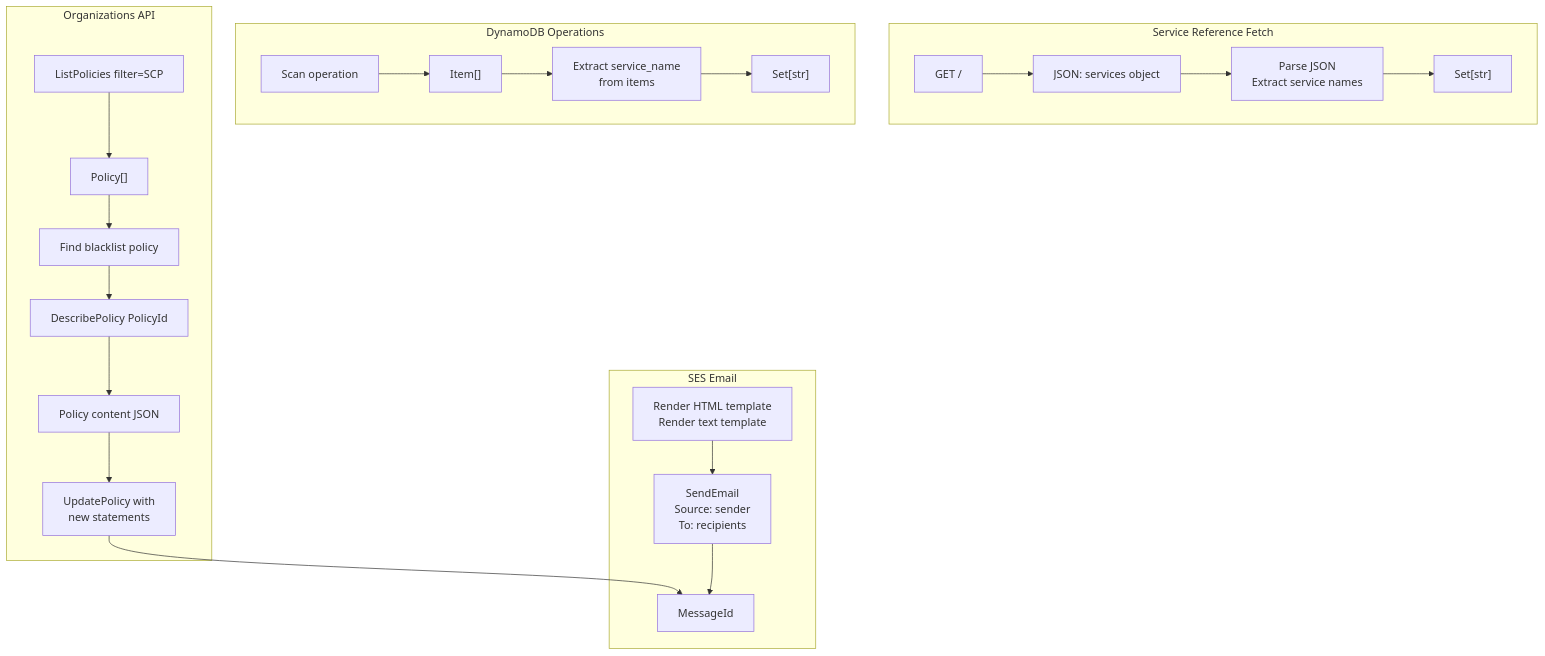
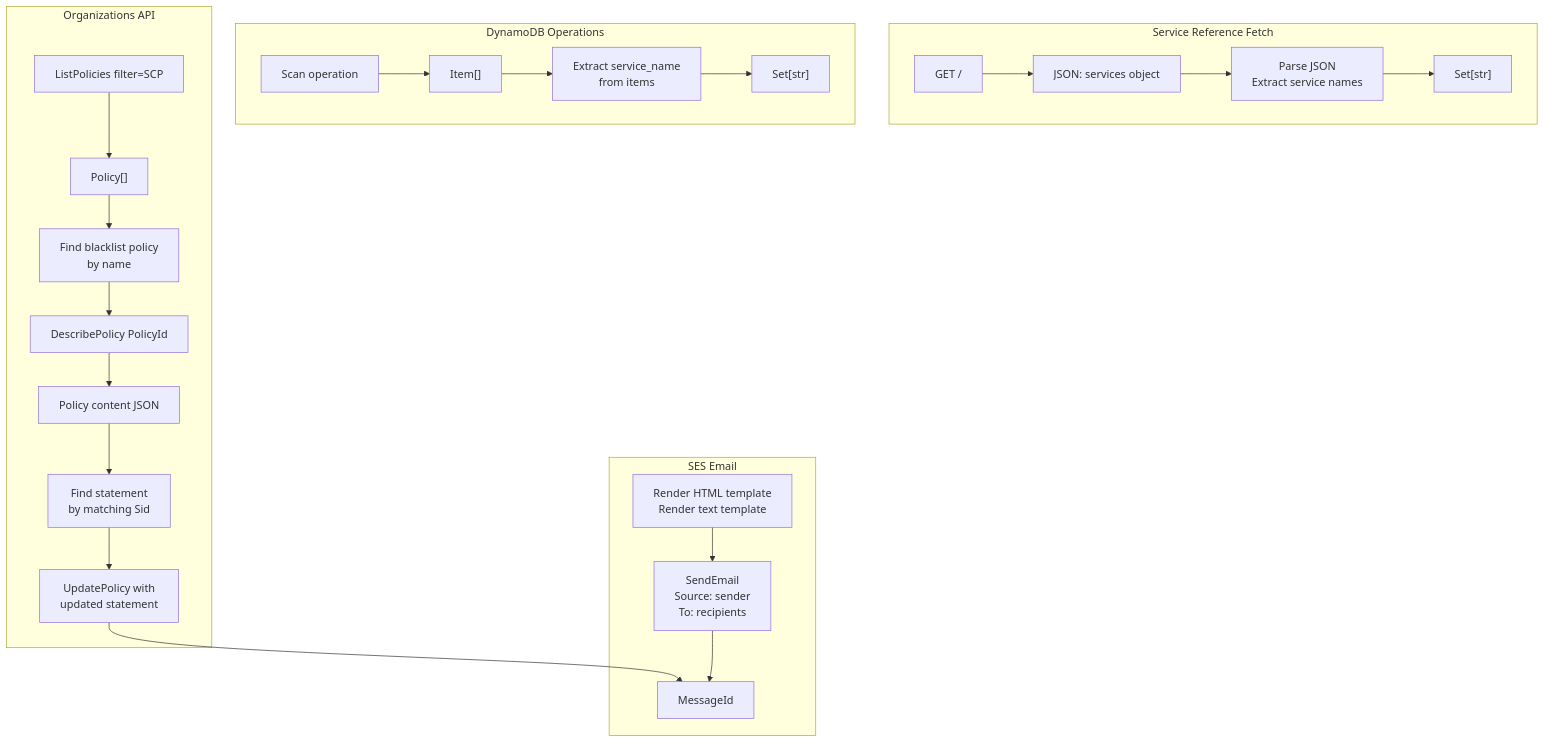
The fifth of 8 diagrams in ARCHITECTURE.md (Sidford/aws-new-services), drawn with Mermaid before and after one commit. The commit also changed other lines of this file and 13 other files, not shown here.

````diff
--- a/ARCHITECTURE.md
+++ b/ARCHITECTURE.md
@@ -194,49 +194,51 @@
 ```mermaid
 graph TD
     subgraph "Service Reference Fetch"
         REQ1["GET /"]
         RESP1["JSON: services object"]
         PARSE["Parse JSON<br/>Extract service names"]
         RESULT1["Set[str]"]
     end
     
     subgraph "DynamoDB Operations"
         REQ2["Scan operation"]
         RESP2["Item[]"]
         EXTRACT["Extract service_name<br/>from items"]
         RESULT2["Set[str]"]
     end
     
     subgraph "Organizations API"
         REQ3["ListPolicies filter=SCP"]
         RESP3["Policy[]"]
-        FIND["Find blacklist policy"]
+        FIND["Find blacklist policy<br/>by name"]
         GET_POLICY["DescribePolicy PolicyId"]
         RESP4["Policy content JSON"]
-        UPDATE["UpdatePolicy with<br/>new statements"]
+        FIND_SID["Find statement<br/>by matching Sid"]
+        UPDATE["UpdatePolicy with<br/>updated statement"]
     end
     
     subgraph "SES Email"
         RENDER["Render HTML template<br/>Render text template"]
         SEND["SendEmail<br/>Source: sender<br/>To: recipients"]
         RESULT3["MessageId"]
     end
     
     REQ1 --> RESP1
     RESP1 --> PARSE
     PARSE --> RESULT1
     
     REQ2 --> RESP2
     RESP2 --> EXTRACT
     EXTRACT --> RESULT2
     
     REQ3 --> RESP3
     RESP3 --> FIND
     FIND --> GET_POLICY
     GET_POLICY --> RESP4
-    RESP4 --> UPDATE
+    RESP4 --> FIND_SID
+    FIND_SID --> UPDATE
     UPDATE --> RESULT3
     
     RENDER --> SEND
     SEND --> RESULT3
 ```
````
